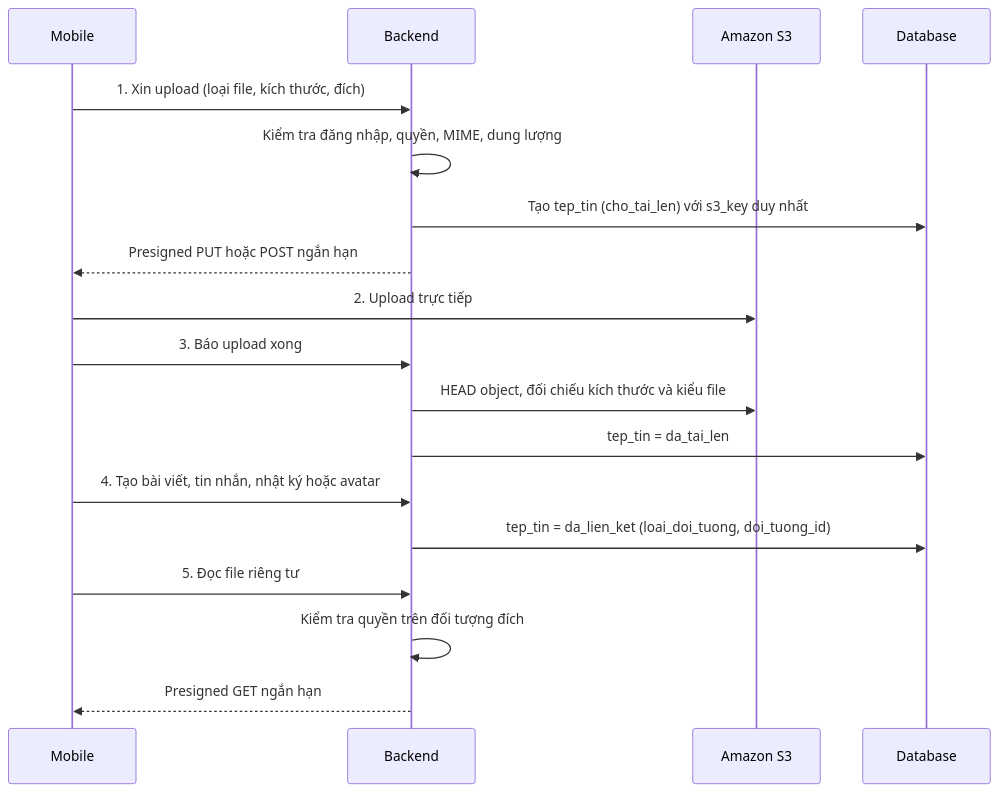
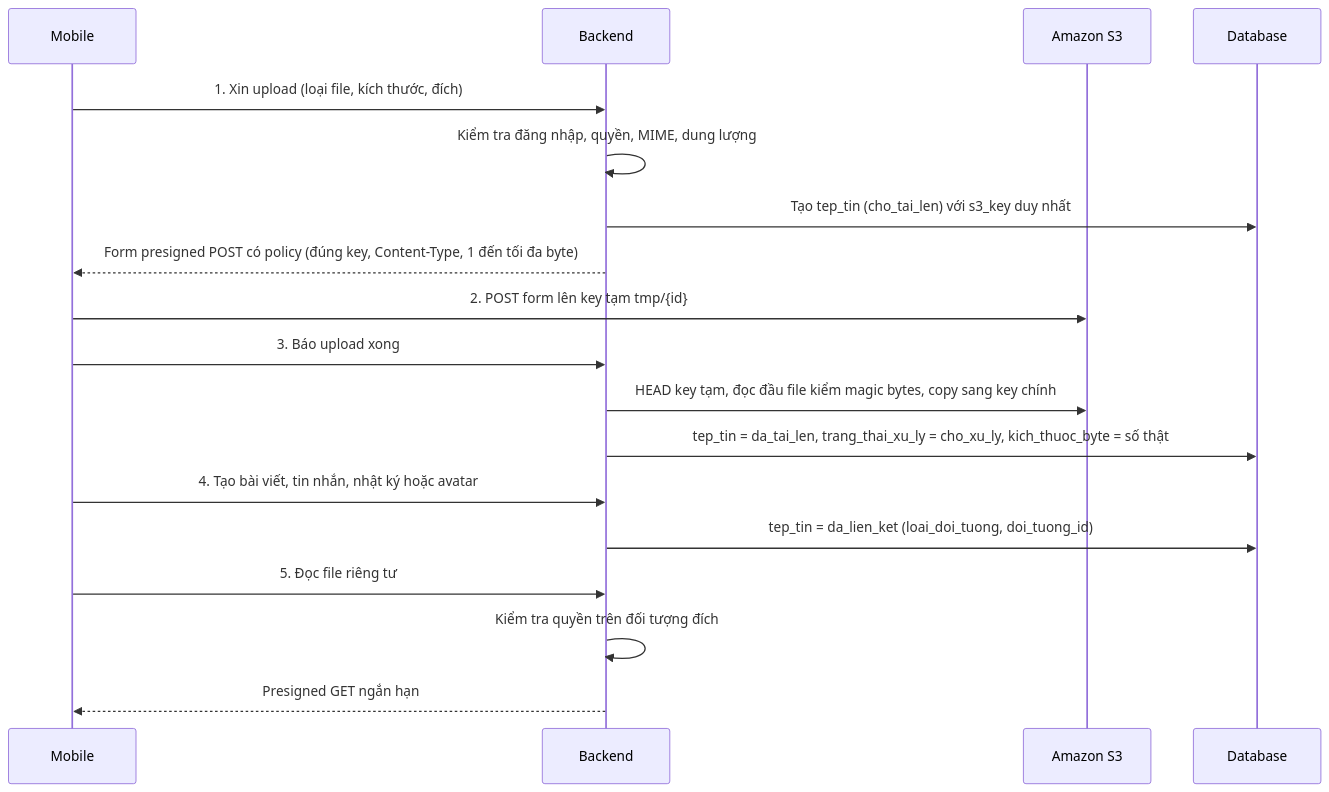
One commit to ngongochuy2003/GymBase changed the third of 3 diagrams in database/diagrams/02-tep-tin.md. Above: the diagram before and after it, drawn with Mermaid. The commit also changed other lines of this file and 2 other files, not shown here.

Commit message:
docs(architecture): ghi trạng thái triển khai upload file, xử lý nền và cách chạy dev với điện thoại
upload-file.md: đối chiếu code ad9a16d, mục 6 mô tả worker xử lý ảnh và job dọn file, kế hoạch tách phần đã làm và còn lại, cách đặt Storage:PublicServiceUrl
để điện thoại gọi được MinIO. ADR-0003: hàng đợi xử lý nền là cột trang_thai_xu_ly (không dùng bảng outbox riêng). Sơ đồ 02-tep-tin: thêm cột
xử lý nền và luồng presigned POST.

````diff
--- a/database/diagrams/02-tep-tin.md
+++ b/database/diagrams/02-tep-tin.md
@@ -52,20 +55,20 @@
 ```mermaid
 sequenceDiagram
     participant M as Mobile
     participant B as Backend
     participant S as Amazon S3
     participant D as Database
     M->>B: 1. Xin upload (loại file, kích thước, đích)
     B->>B: Kiểm tra đăng nhập, quyền, MIME, dung lượng
     B->>D: Tạo tep_tin (cho_tai_len) với s3_key duy nhất
-    B-->>M: Presigned PUT hoặc POST ngắn hạn
-    M->>S: 2. Upload trực tiếp
+    B-->>M: Form presigned POST có policy (đúng key, Content-Type, 1 đến tối đa byte)
+    M->>S: 2. POST form lên key tạm tmp/{id}
     M->>B: 3. Báo upload xong
-    B->>S: HEAD object, đối chiếu kích thước và kiểu file
-    B->>D: tep_tin = da_tai_len
+    B->>S: HEAD key tạm, đọc đầu file kiểm magic bytes, copy sang key chính
+    B->>D: tep_tin = da_tai_len, trang_thai_xu_ly = cho_xu_ly, kich_thuoc_byte = số thật
     M->>B: 4. Tạo bài viết, tin nhắn, nhật ký hoặc avatar
     B->>D: tep_tin = da_lien_ket (loai_doi_tuong, doi_tuong_id)
     M->>B: 5. Đọc file riêng tư
     B->>B: Kiểm tra quyền trên đối tượng đích
     B-->>M: Presigned GET ngắn hạn
 ```
````
